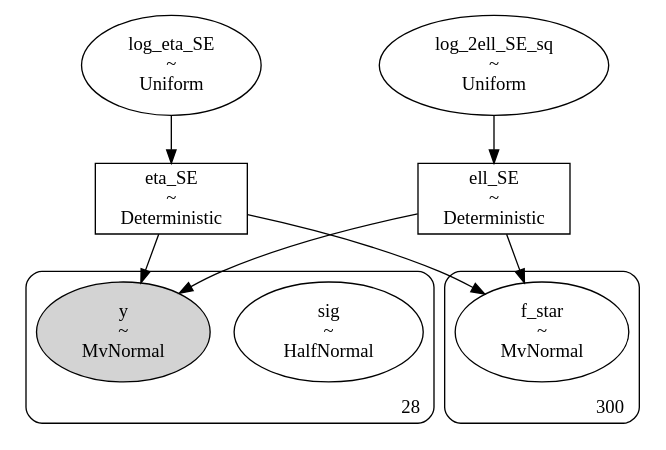
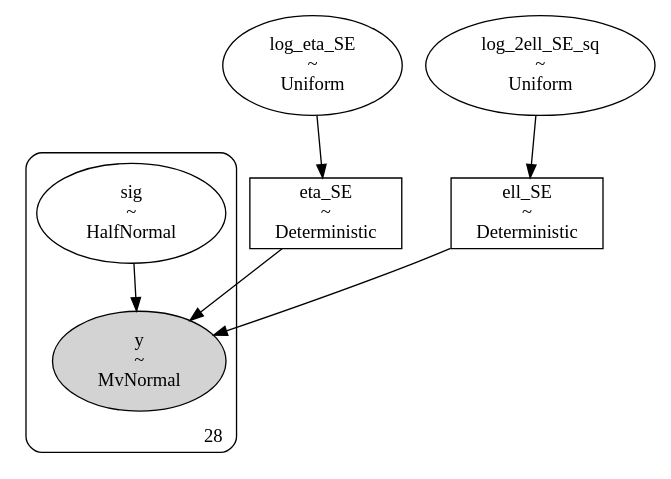
One commit to shihchingfu/gp-sandbox-thunderkat changed the diagram in dags/80_ra271.352_dec-29.642_MAXIJ1803TraPDB_andersson_se_dag.dot. Above: the diagram before and after it, drawn with Graphviz. The commit also changed 12 other files, not shown here.

```diff
--- a/dags/80_ra271.352_dec-29.642_MAXIJ1803TraPDB_andersson_se_dag.dot
+++ b/dags/80_ra271.352_dec-29.642_MAXIJ1803TraPDB_andersson_se_dag.dot
@@ -1,35 +1,28 @@
 digraph {
+	ell_SE [label="ell_SE
+~
+Deterministic" shape=box]
 	log_eta_SE [label="log_eta_SE
+~
+Uniform" shape=ellipse]
+	log_2ell_SE_sq [label="log_2ell_SE_sq
 ~
 Uniform" shape=ellipse]
 	eta_SE [label="eta_SE
 ~
 Deterministic" shape=box]
-	ell_SE [label="ell_SE
-~
-Deterministic" shape=box]
-	log_2ell_SE_sq [label="log_2ell_SE_sq
-~
-Uniform" shape=ellipse]
 	subgraph cluster28 {
 		sig [label="sig
 ~
 HalfNormal" shape=ellipse]
 		y [label="y
 ~
 MvNormal" shape=ellipse style=filled]
 		label=28 labeljust=r labelloc=b style=rounded
 	}
-	subgraph cluster300 {
-		f_star [label="f_star
-~
-MvNormal" shape=ellipse]
-		label=300 labeljust=r labelloc=b style=rounded
-	}
 	log_2ell_SE_sq -> ell_SE
 	log_eta_SE -> eta_SE
+	sig -> y
+	ell_SE -> y
 	eta_SE -> y
-	ell_SE -> y
-	eta_SE -> f_star
-	ell_SE -> f_star
 }
```
